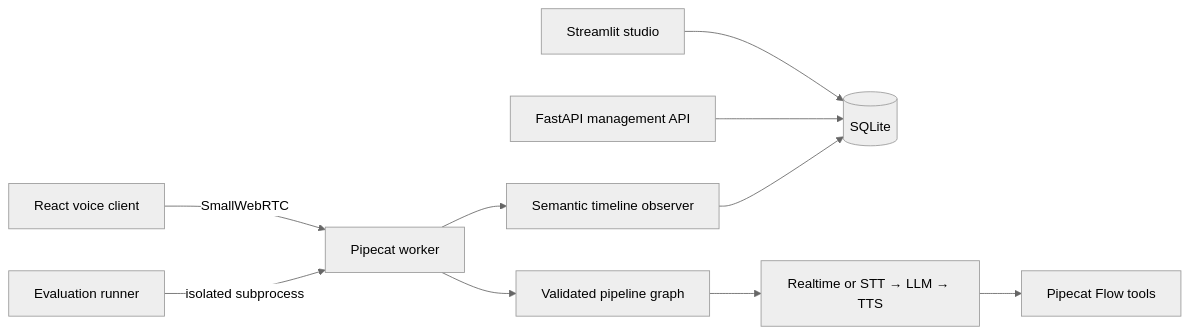
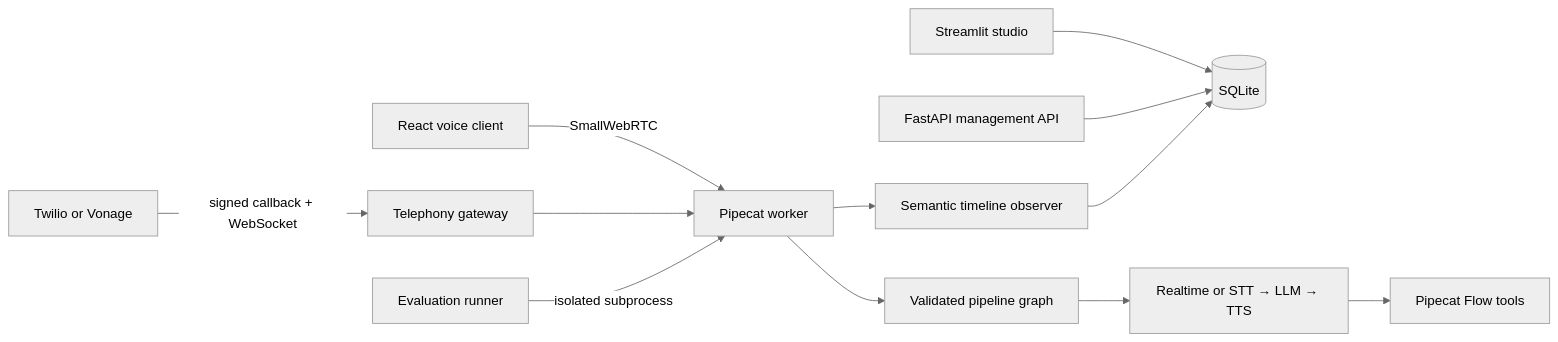
One commit to pypi-ahmad/pipecat-voice-studio changed the diagram in README.md. Above: the diagram before and after it, drawn with Mermaid (neutral theme). The commit also changed other lines of this file and 54 other files, not shown here.

````diff
--- a/README.md
+++ b/README.md
@@ -54,12 +59,14 @@
 ```mermaid
 flowchart LR
     Browser[React voice client] -->|SmallWebRTC| Worker[Pipecat worker]
+    Phone[Twilio or Vonage] -->|signed callback + WebSocket| Gateway[Telephony gateway]
+    Gateway --> Worker
     Streamlit[Streamlit studio] --> Store[(SQLite)]
     API[FastAPI management API] --> Store
     Worker --> Graph[Validated pipeline graph]
     Graph --> Models[Realtime or STT → LLM → TTS]
     Models --> Tools[Pipecat Flow tools]
     Worker --> Timeline[Semantic timeline observer]
     Timeline --> Store
     Evaluations[Evaluation runner] -->|isolated subprocess| Worker
 ```
````
